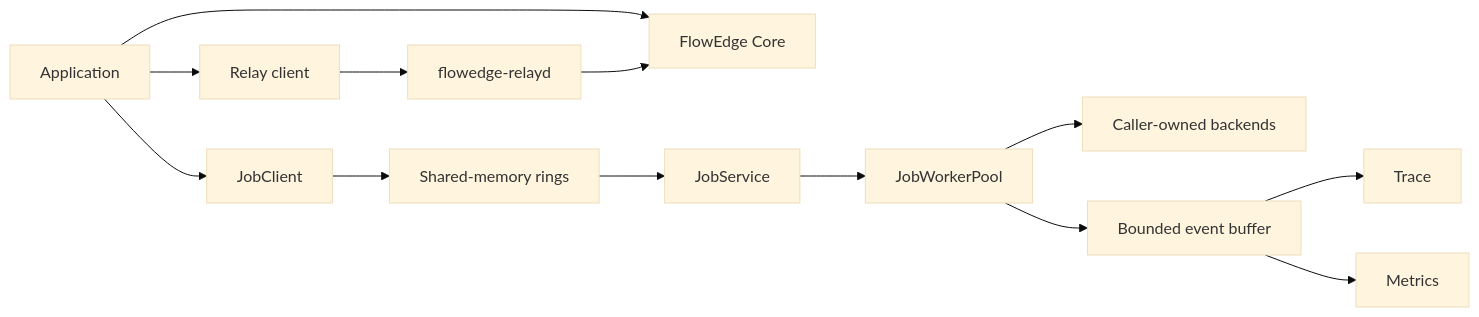
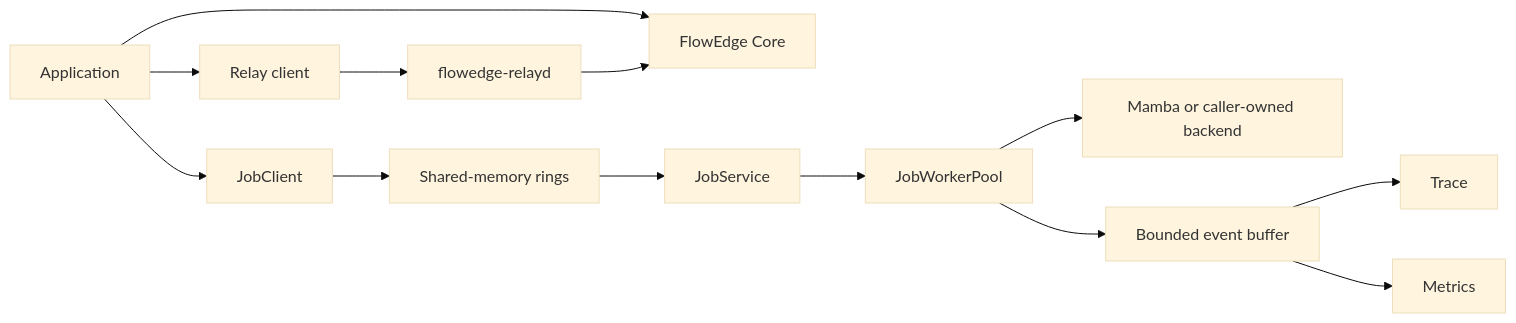
The diagram in docs/capabilities.md (elprofesoriqo/FlowEdge), drawn with Mermaid (base theme) before and after one commit. The commit also changed other lines of this file and 13 other files, not shown here.

````diff
--- a/docs/capabilities.md
+++ b/docs/capabilities.md
@@ -21,15 +22,15 @@
 ```{mermaid}
 flowchart LR
   A[Application] --> C[FlowEdge Core]
   A --> R[Relay client]
   R --> D[flowedge-relayd]
   D --> C
   A --> J[JobClient]
   J --> S[Shared-memory rings]
   S --> V[JobService]
   V --> P[JobWorkerPool]
-  P --> B[Caller-owned backends]
+  P --> B[Mamba or caller-owned backend]
   P --> E[Bounded event buffer]
   E --> T[Trace]
   E --> M[Metrics]
 ```
````
